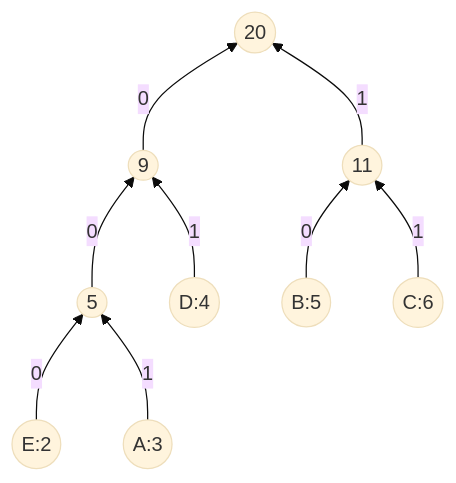
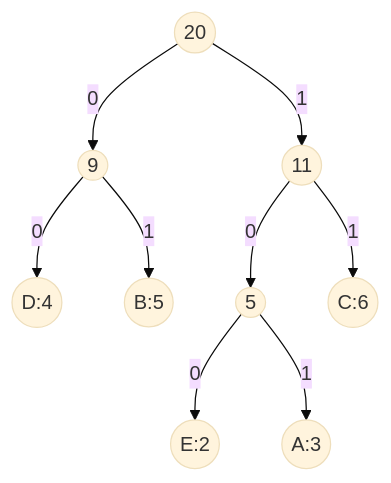
One commit to norbutlepcha25/CSF302 changed the second of 2 diagrams in docs/unit7/topic3.md. Above: the diagram before and after it, drawn with Mermaid (base theme). The commit also changed other lines of this file and 79 other files, not shown here.

````diff
--- a/docs/unit7/topic3.md
+++ b/docs/unit7/topic3.md
@@ -167,23 +132,11 @@
-    ```mermaid
-    graph BT
-    R((20))
-    X1((9))
-    X2((5))
-    X3((11))
-
-    E((E:2))
-    A((A:3))
-    D((D:4))
-    B((B:5))
-    C((C:6))
-
-    E -->|0| X2
-    A -->|1| X2
-    X2 -->|0| X1
-    D -->|1| X1
-    B -->|0| X3
-    C -->|1| X3
-    X1 -->|0| R
-    X3 -->|1| R
-
-    ```
+```mermaid
+graph TD
+    R((20)) -->|0| N9((9))
+    R -->|1| N11((11))
+    N9 -->|0| D((D:4))
+    N9 -->|1| B((B:5))
+    N11 -->|0| N5((5))
+    N11 -->|1| C((C:6))
+    N5 -->|0| E((E:2))
+    N5 -->|1| A((A:3))
+```
````
